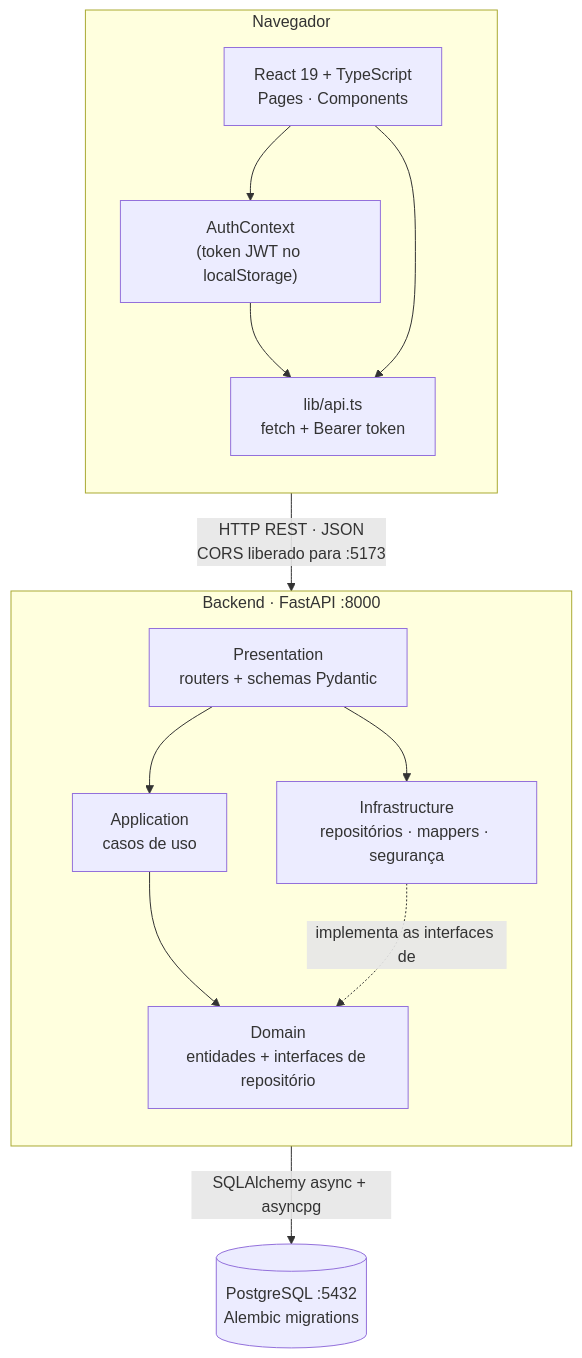
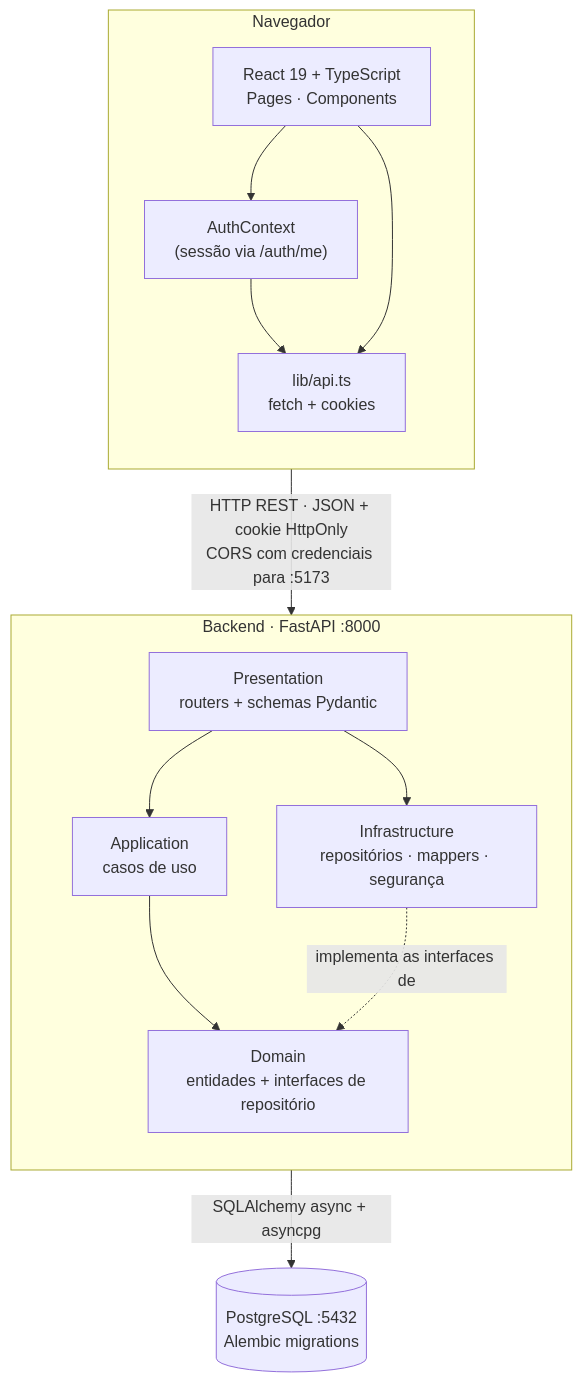
The first of 2 diagrams in docs/ARQUITETURA.md (Leti-10/Lab.EngSoftware), drawn with Mermaid before and after one commit. The commit also changed other lines of this file and 5 other files, not shown here.

````diff
--- a/docs/ARQUITETURA.md
+++ b/docs/ARQUITETURA.md
@@ -13,27 +13,27 @@
 ```mermaid
 flowchart TB
     subgraph Navegador
         direction TB
         UI["React 19 + TypeScript<br/>Pages · Components"]
-        AUTH["AuthContext<br/>(token JWT no localStorage)"]
-        CLIENT["lib/api.ts<br/>fetch + Bearer token"]
+        AUTH["AuthContext<br/>(sessão via /auth/me)"]
+        CLIENT["lib/api.ts<br/>fetch + cookies"]
         UI --> AUTH --> CLIENT
         UI --> CLIENT
     end
 
     subgraph "Backend · FastAPI :8000"
         direction TB
         ROUTES["Presentation<br/>routers + schemas Pydantic"]
         USECASES["Application<br/>casos de uso"]
         DOMAIN["Domain<br/>entidades + interfaces de repositório"]
         INFRA["Infrastructure<br/>repositórios · mappers · segurança"]
         ROUTES --> USECASES --> DOMAIN
         ROUTES --> INFRA
         INFRA -. implementa as interfaces de .-> DOMAIN
     end
 
     DB[("PostgreSQL :5432<br/>Alembic migrations")]
 
-    CLIENT -- "HTTP REST · JSON<br/>CORS liberado para :5173" --> ROUTES
+    CLIENT -- "HTTP REST · JSON + cookie HttpOnly<br/>CORS com credenciais para :5173" --> ROUTES
     INFRA -- "SQLAlchemy async + asyncpg" --> DB
 ```
````
